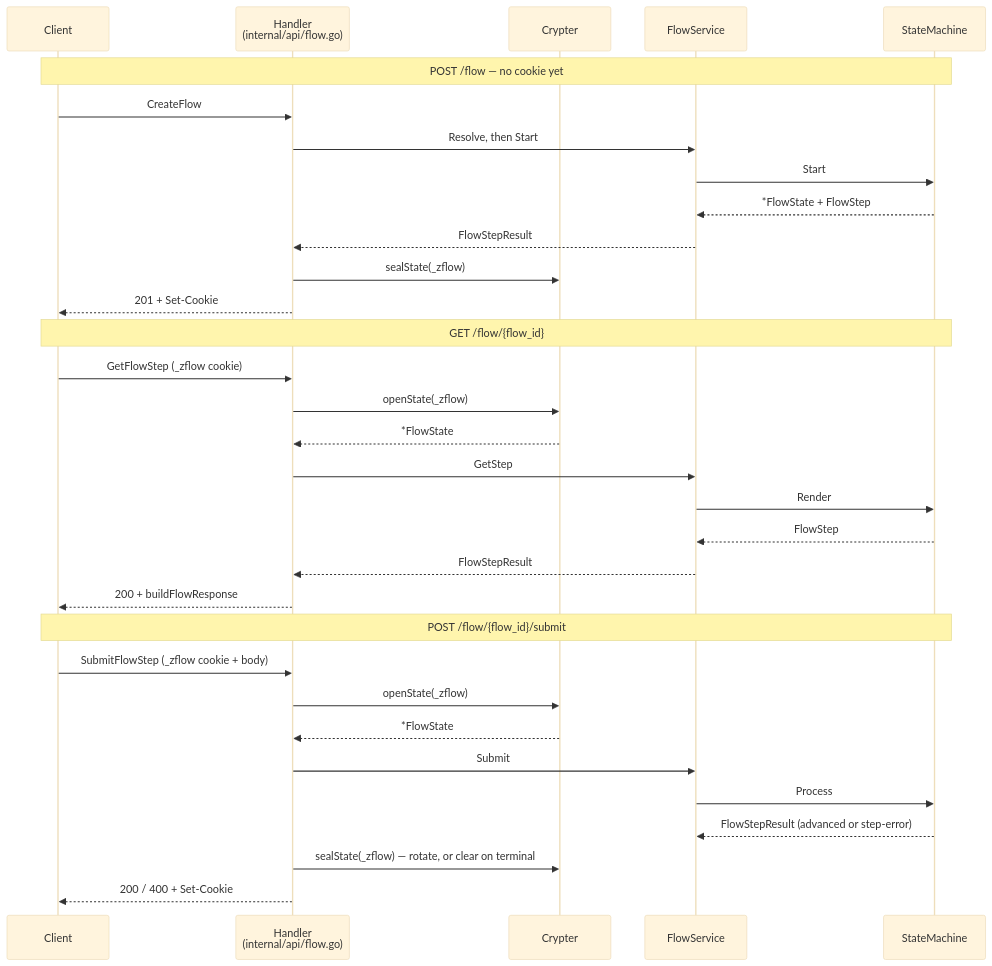
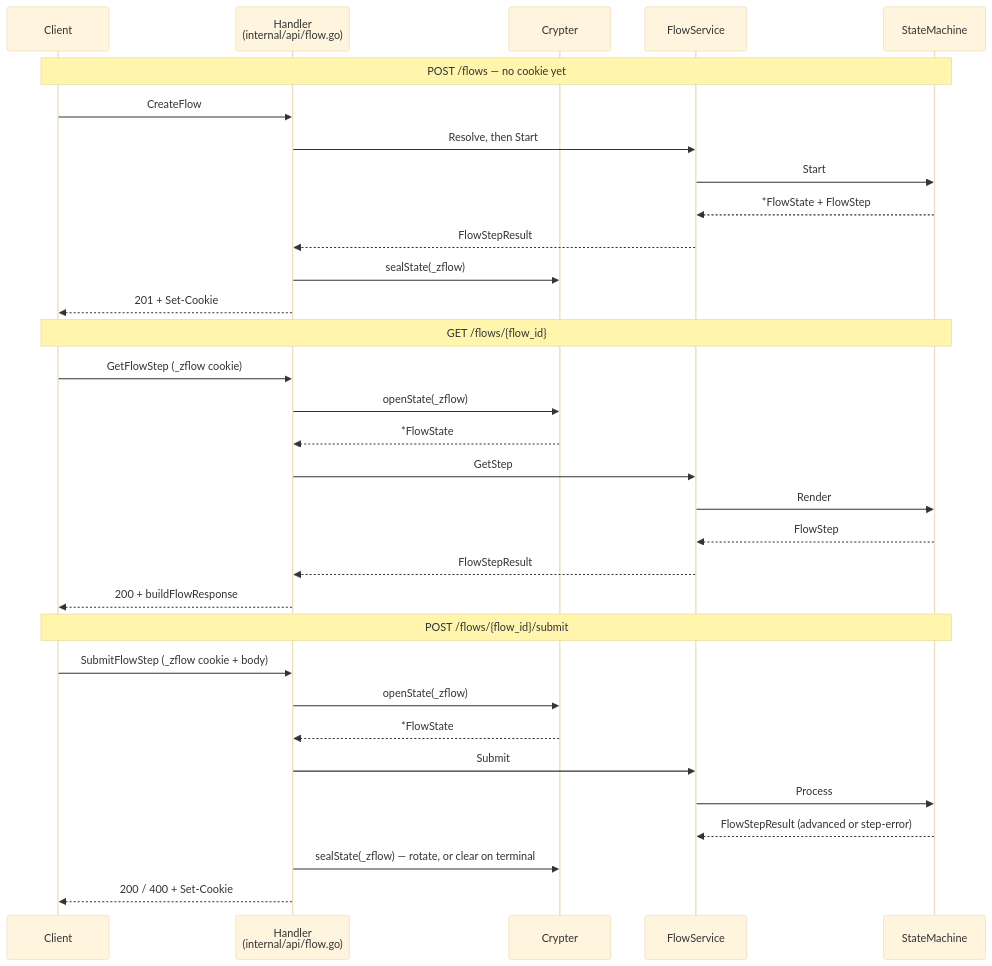
The second of 2 diagrams in docs/design/flowengine/architecture.md (zitadel/nextgen), drawn with Mermaid (base theme) before and after one commit. The commit also changed 24 other files, not shown here.

First line of the commit message:
docs: name the flow operations' path /flows in the ADRs and design notes

````diff
--- a/docs/design/flowengine/architecture.md
+++ b/docs/design/flowengine/architecture.md
@@ -43,37 +43,37 @@
 ```mermaid
 sequenceDiagram
     participant C as Client
     participant H as Handler<br/>(internal/api/flow.go)
     participant K as Crypter
     participant S as FlowService
     participant SM as StateMachine
 
-    Note over C,SM: POST /flow — no cookie yet
+    Note over C,SM: POST /flows — no cookie yet
     C->>H: CreateFlow
     H->>S: Resolve, then Start
     S->>SM: Start
     SM-->>S: *FlowState + FlowStep
     S-->>H: FlowStepResult
     H->>K: sealState(_zflow)
     H-->>C: 201 + Set-Cookie
 
-    Note over C,SM: GET /flow/{flow_id}
+    Note over C,SM: GET /flows/{flow_id}
     C->>H: GetFlowStep (_zflow cookie)
     H->>K: openState(_zflow)
     K-->>H: *FlowState
     H->>S: GetStep
     S->>SM: Render
     SM-->>S: FlowStep
     S-->>H: FlowStepResult
     H-->>C: 200 + buildFlowResponse
 
-    Note over C,SM: POST /flow/{flow_id}/submit
+    Note over C,SM: POST /flows/{flow_id}/submit
     C->>H: SubmitFlowStep (_zflow cookie + body)
     H->>K: openState(_zflow)
     K-->>H: *FlowState
     H->>S: Submit
     S->>SM: Process
     SM-->>S: FlowStepResult (advanced or step-error)
     H->>K: sealState(_zflow) — rotate, or clear on terminal
     H-->>C: 200 / 400 + Set-Cookie
 ```
````
